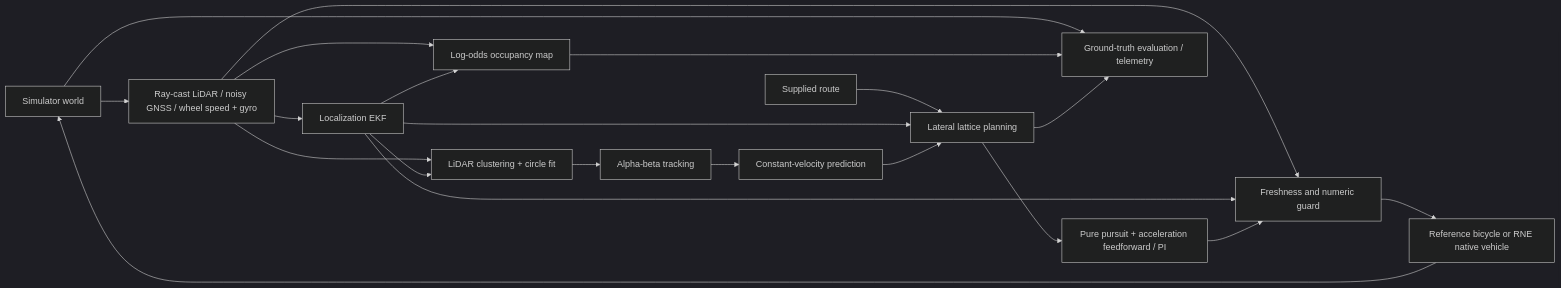
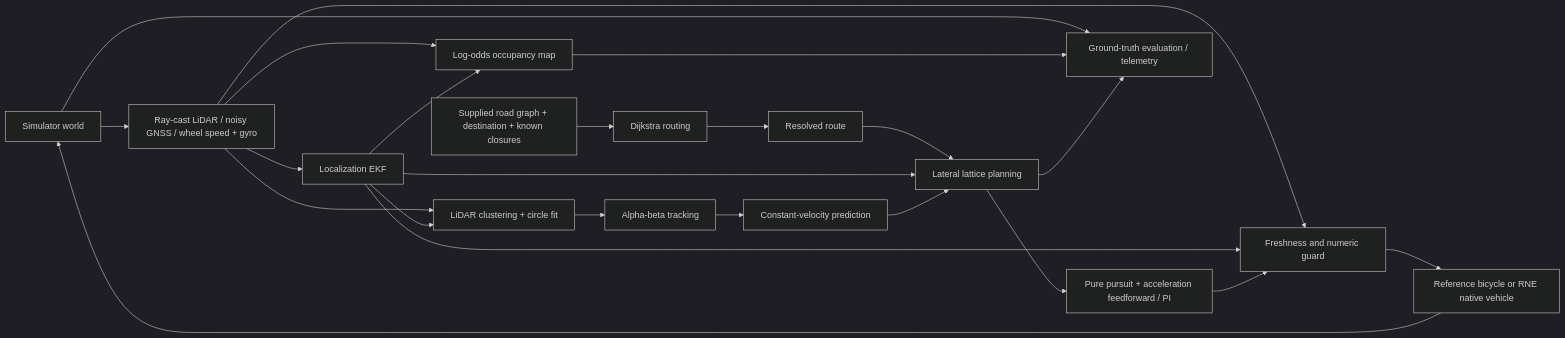
Before and after one commit to rsasaki0109/rust_drive: the diagram in docs/architecture.md, drawn with Mermaid (dark theme). The commit also changed other lines of this file and 27 other files, not shown here.

Commit message:
Add directed road routing, closure detours and clearance regression gates

````diff
--- a/docs/architecture.md
+++ b/docs/architecture.md
@@ -9,23 +9,25 @@
 ```mermaid
 flowchart LR
   W[Simulator world] --> S[Ray-cast LiDAR / noisy GNSS / wheel speed + gyro]
   S --> L[Localization EKF]
   S --> P[LiDAR clustering + circle fit]
   L --> P
   P --> T[Alpha-beta tracking]
   T --> F[Constant-velocity prediction]
   S --> M[Log-odds occupancy map]
   L --> M
-  R[Supplied route] --> A[Lateral lattice planning]
+  N[Supplied road graph + destination + known closures] --> D[Dijkstra routing]
+  D --> R[Resolved route]
+  R --> A[Lateral lattice planning]
   L --> A
   F --> A
   A --> C[Pure pursuit + acceleration feedforward / PI]
   S --> G[Freshness and numeric guard]
   L --> G
   C --> G
   G --> B[Reference bicycle or RNE native vehicle]
   B --> W
   W --> E[Ground-truth evaluation / telemetry]
   M --> E
   A --> E
 ```
````
